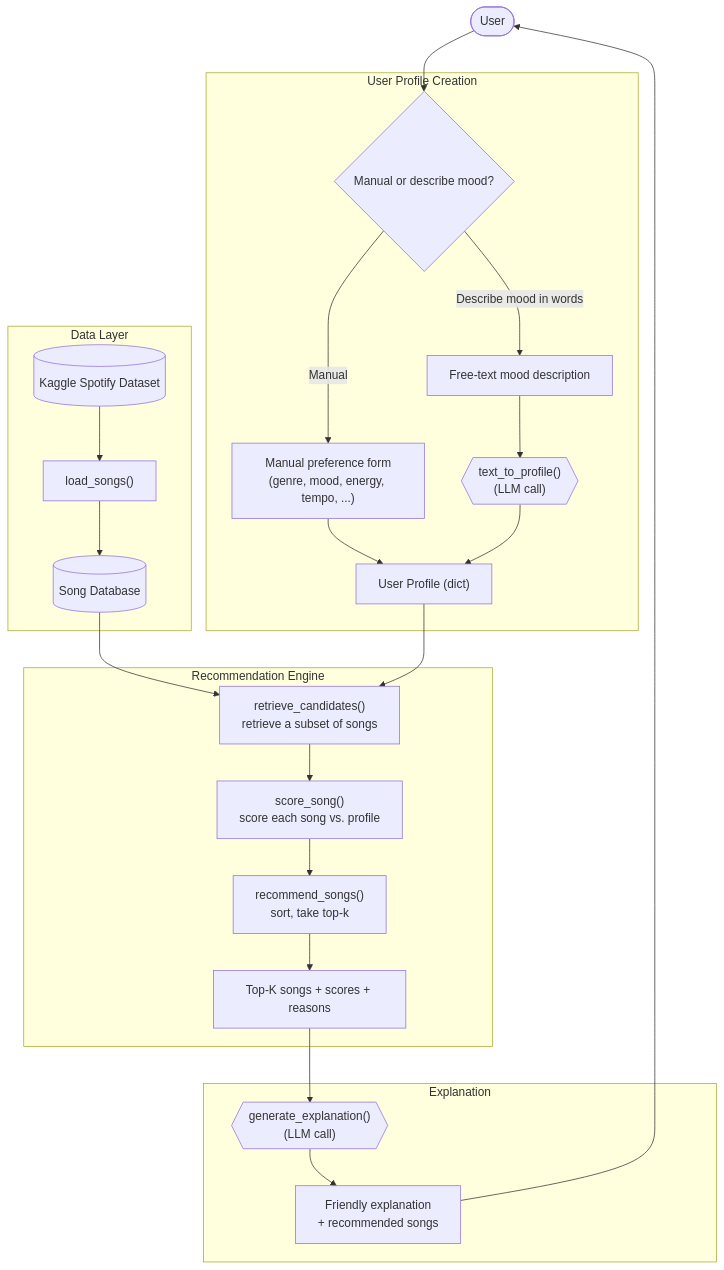
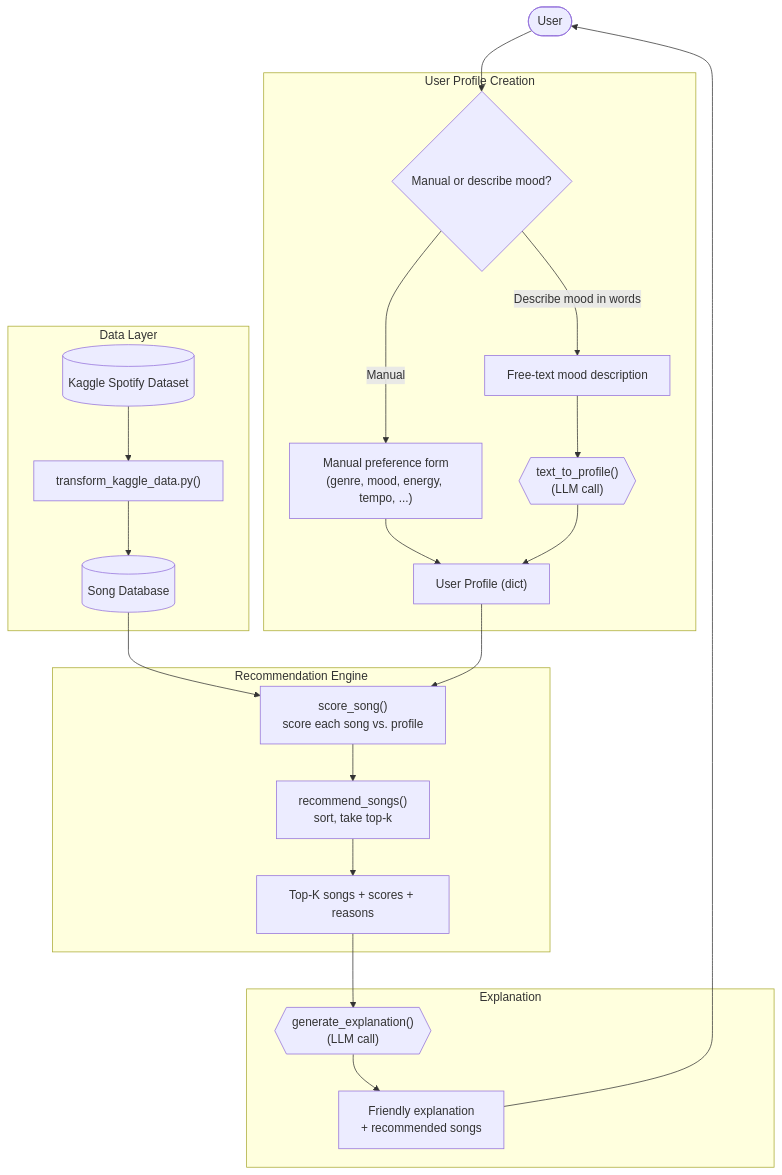
One commit to ThomasLe430/musi-match changed the diagram in diagrams/system_diagram.md. Above: the diagram before and after it, drawn with Mermaid. The commit also changed 1 other file, not shown here.

Commit message:
removed retrieve_candidates function

````diff
--- a/diagrams/system_diagram.md
+++ b/diagrams/system_diagram.md
@@ -3,44 +3,43 @@
 ```mermaid
 
 flowchart TD
     User(["User"])
 
     subgraph DataLayer["Data Layer"]
         Kaggle[(Kaggle Spotify Dataset)]
-        LoadSongs["load_songs()"]
+        LoadSongs["transform_kaggle_data.py()"]
         SongDB[(Song Database)]
         Kaggle --> LoadSongs --> SongDB
     end
 
     subgraph ProfileCreation["User Profile Creation"]
         InputChoice{"Manual or describe mood?"}
         ManualForm["Manual preference form\n(genre, mood, energy, tempo, ...)"]
         MoodText["Free-text mood description"]
         TextToProfile{{"text_to_profile()\n(LLM call)"}}
         UserProfile["User Profile (dict)"]
 
         InputChoice -->|Manual| ManualForm --> UserProfile
         InputChoice -->|Describe mood in words| MoodText --> TextToProfile --> UserProfile
     end
 
     subgraph Recommender["Recommendation Engine"]
-        RetrieveSongs["retrieve_candidates()\n retrieve a subset of songs"]
         ScoreSong["score_song()\nscore each song vs. profile"]
         RecommendSongs["recommend_songs()\nsort, take top-k"]
         TopK["Top-K songs + scores + reasons"]
 
-        RetrieveSongs --> ScoreSong --> RecommendSongs --> TopK
+        ScoreSong --> RecommendSongs --> TopK
     end
 
     subgraph ExplanationLayer["Explanation"]
         ExplainLLM{{"generate_explanation()\n(LLM call)"}}
         FriendlyOutput["Friendly explanation\n+ recommended songs"]
         ExplainLLM --> FriendlyOutput
     end
 
     User --> InputChoice
-    SongDB --> RetrieveSongs
-    UserProfile --> RetrieveSongs
+    SongDB --> ScoreSong
+    UserProfile --> ScoreSong
     TopK --> ExplainLLM
     FriendlyOutput --> User
 ```
````
